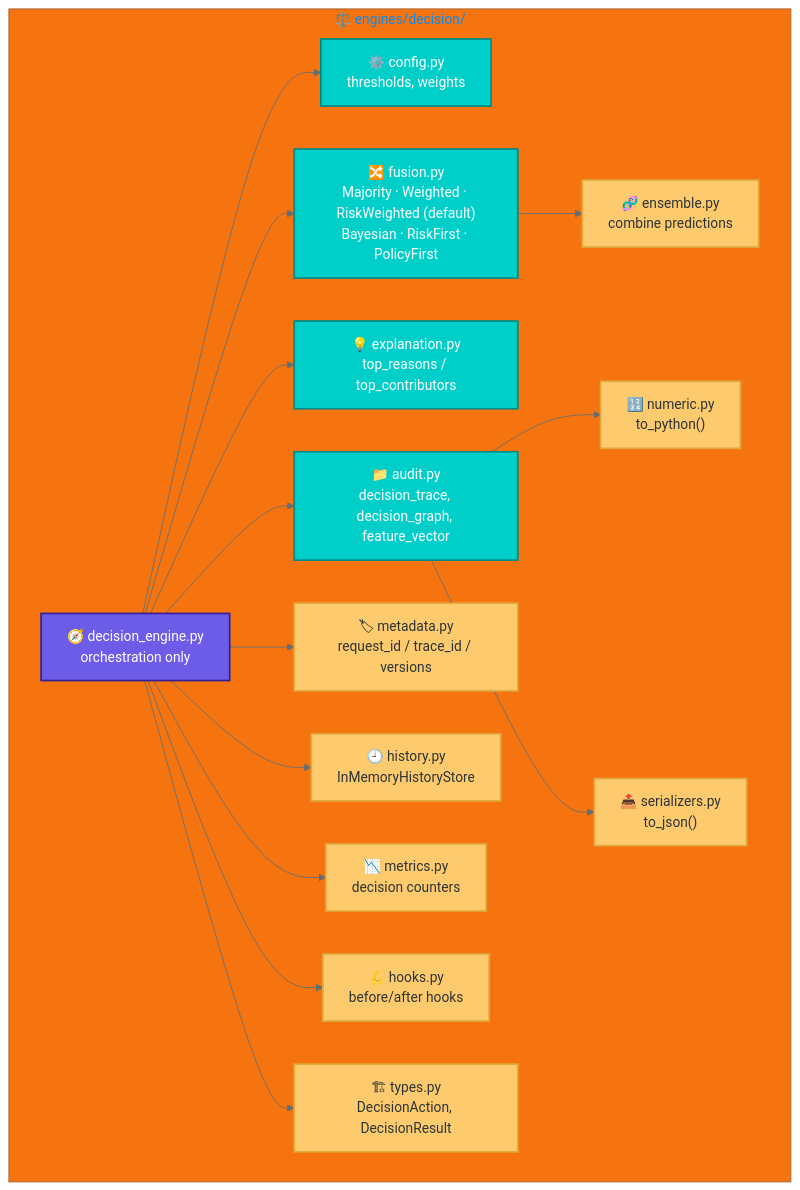
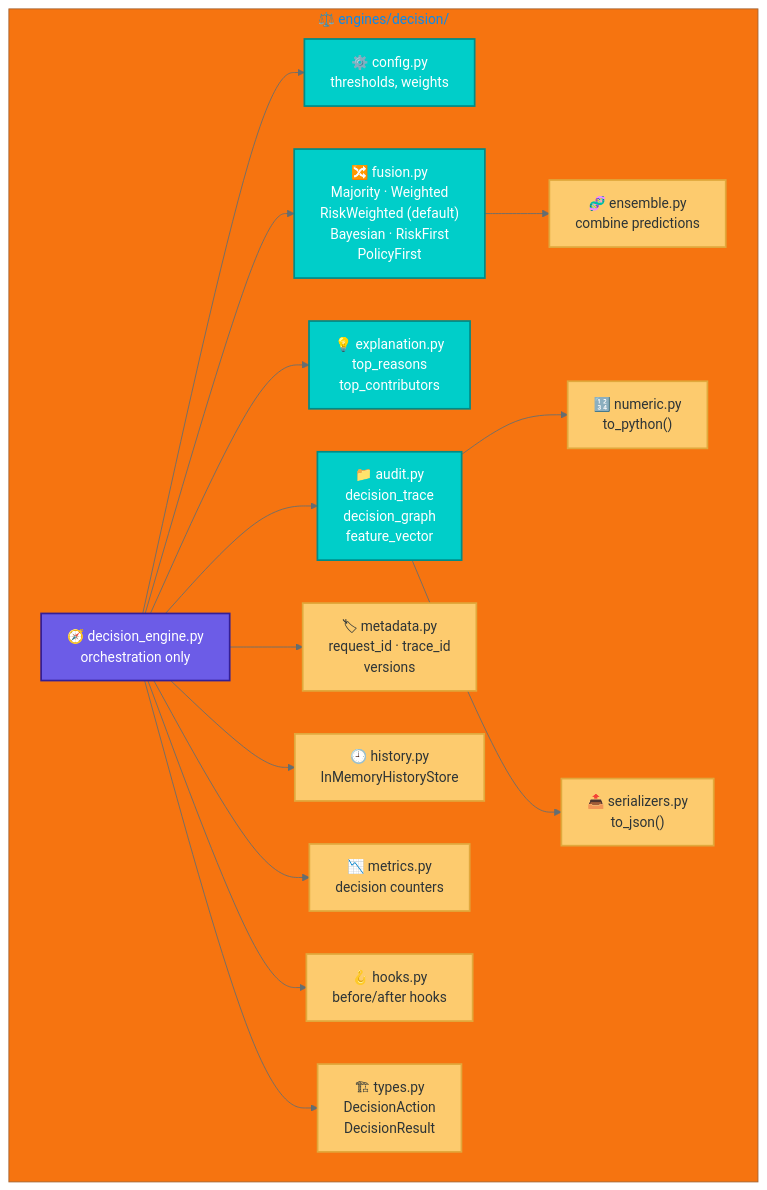
The eighth of 15 diagrams in README.md (couder-04/NeuralAuth), drawn with Mermaid before and after one commit. The commit also changed other lines of this file, not shown here.

````diff
--- a/README.md
+++ b/README.md
@@ -358,39 +358,39 @@
 ```mermaid
 %%{init: {'theme':'base', 'themeVariables': {'primaryColor':'#0984e3','primaryTextColor':'#fff','primaryBorderColor':'#053e6e','lineColor':'#636e72'}}}%%
 flowchart TD
     subgraph Pkg["⚖️ engines/decision/"]
-        DEng["🧭 decision_engine.py\norchestration only"]
-        Cfg["⚙️ config.py\nthresholds, weights"]
-        Fus["🔀 fusion.py\nMajority · Weighted · RiskWeighted (default)\nBayesian · RiskFirst · PolicyFirst"]
-        Expl["💡 explanation.py\ntop_reasons / top_contributors"]
-        Aud["📁 audit.py\ndecision_trace, decision_graph, feature_vector"]
-        Meta2["🏷 metadata.py\nrequest_id / trace_id / versions"]
-        Hist2["🕘 history.py\nInMemoryHistoryStore"]
-        Metr["📉 metrics.py\ndecision counters"]
-        Hooks["🪝 hooks.py\nbefore/after hooks"]
-        Ens["🧬 ensemble.py\ncombine predictions"]
-        Num["🔢 numeric.py\nto_python()"]
-        Ser["📤 serializers.py\nto_json()"]
-        Types["🏗 types.py\nDecisionAction, DecisionResult"]
+        DEng["🧭 decision_engine.py<br/>orchestration only"]
+        Cfg["⚙️ config.py<br/>thresholds, weights"]
+        Fus["🔀 fusion.py<br/>Majority · Weighted<br/>RiskWeighted (default)<br/>Bayesian · RiskFirst<br/>PolicyFirst"]
+        Expl["💡 explanation.py<br/>top_reasons<br/>top_contributors"]
+        Aud["📁 audit.py<br/>decision_trace<br/>decision_graph<br/>feature_vector"]
+        Meta2["🏷 metadata.py<br/>request_id · trace_id<br/>versions"]
+        Hist2["🕘 history.py<br/>InMemoryHistoryStore"]
+        Metr["📉 metrics.py<br/>decision counters"]
+        Hooks["🪝 hooks.py<br/>before/after hooks"]
+        Ens["🧬 ensemble.py<br/>combine predictions"]
+        Num["🔢 numeric.py<br/>to_python()"]
+        Ser["📤 serializers.py<br/>to_json()"]
+        Types["🏗 types.py<br/>DecisionAction<br/>DecisionResult"]
     end
 
     DEng --> Cfg
     DEng --> Fus
     DEng --> Expl
     DEng --> Aud
     DEng --> Meta2
     DEng --> Hist2
     DEng --> Metr
     DEng --> Hooks
     Fus --> Ens
     Aud --> Num
     Aud --> Ser
     DEng --> Types
 
     classDef core fill:#6c5ce7,stroke:#341f97,color:#fff,stroke-width:2px
     classDef support fill:#00cec9,stroke:#008b87,color:#fff,stroke-width:2px
     classDef util fill:#fdcb6e,stroke:#e1a83c,color:#2d3436,stroke-width:2px
     class DEng core
     class Cfg,Fus,Expl,Aud support
     class Meta2,Hist2,Metr,Hooks,Ens,Num,Ser,Types util
 ```
````
